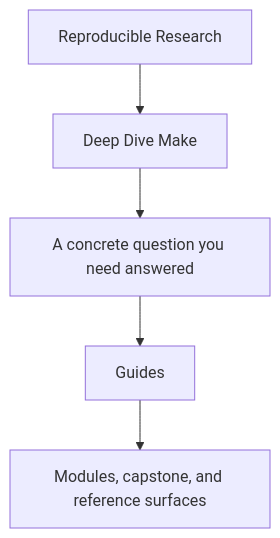
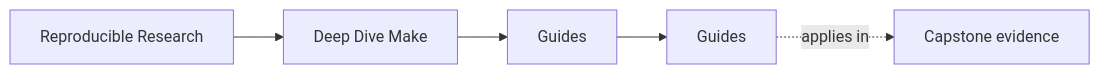
Before and after one commit to bijux/bijux-masterclass: the first of 2 diagrams in programs/reproducible-research/deep-dive-make/course-book/guides/index.md, drawn with Mermaid. The commit also changed other lines of this file and 146 other files, not shown here.

Commit message:
docs(deep-dive-make): map build truth and release review surfaces

````diff
--- a/programs/reproducible-research/deep-dive-make/course-book/guides/index.md
+++ b/programs/reproducible-research/deep-dive-make/course-book/guides/index.md
@@ -6,7 +6,11 @@
 ```mermaid
-flowchart TD
-  family["Reproducible Research"] --> program["Deep Dive Make"]
-  program --> pressure["A concrete question you need answered"]
-  pressure --> guide["Guides"]
-  guide --> next["Modules, capstone, and reference surfaces"]
+graph LR
+  family["Reproducible Research"]
+  program["Deep Dive Make"]
+  section["Guides"]
+  page["Guides"]
+  capstone["Capstone evidence"]
+
+  family --> program --> section --> page
+  page -.applies in.-> capstone
 ```
````
